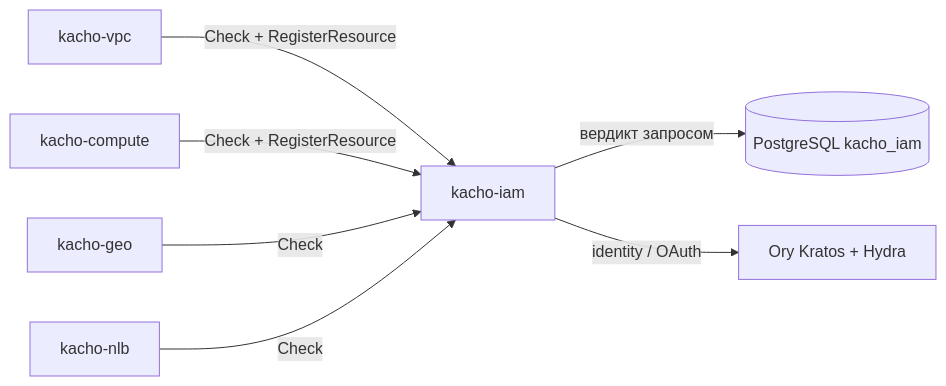
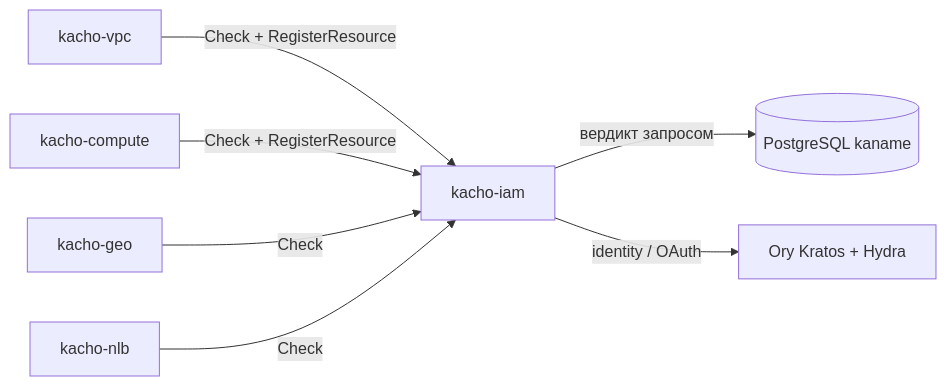
The second of 2 diagrams in services/iam/docs/content/architecture/overview.mdx (PRO-Robotech/kacho), drawn with Mermaid before and after one commit. The commit also changed other lines of this file and 700 other files, not shown here.

First line of the commit message:
refactor(iam): схема Postgres названа именем своего продукта

````diff
--- a/services/iam/docs/content/architecture/overview.mdx
+++ b/services/iam/docs/content/architecture/overview.mdx
@@ -110,9 +110,9 @@
 ```mermaid
 flowchart LR
   vpc["kacho-vpc"] -->|"Check + RegisterResource"| iam["kacho-iam"]
   cmp["kacho-compute"] -->|"Check + RegisterResource"| iam
   geo["kacho-geo"] -->|"Check"| iam
   nlb["kacho-nlb"] -->|"Check"| iam
-  iam -->|"вердикт запросом"| pg[("PostgreSQL kacho_iam")]
+  iam -->|"вердикт запросом"| pg[("PostgreSQL kaname")]
   iam -->|"identity / OAuth"| ory["Ory Kratos + Hydra"]
 ```
````
